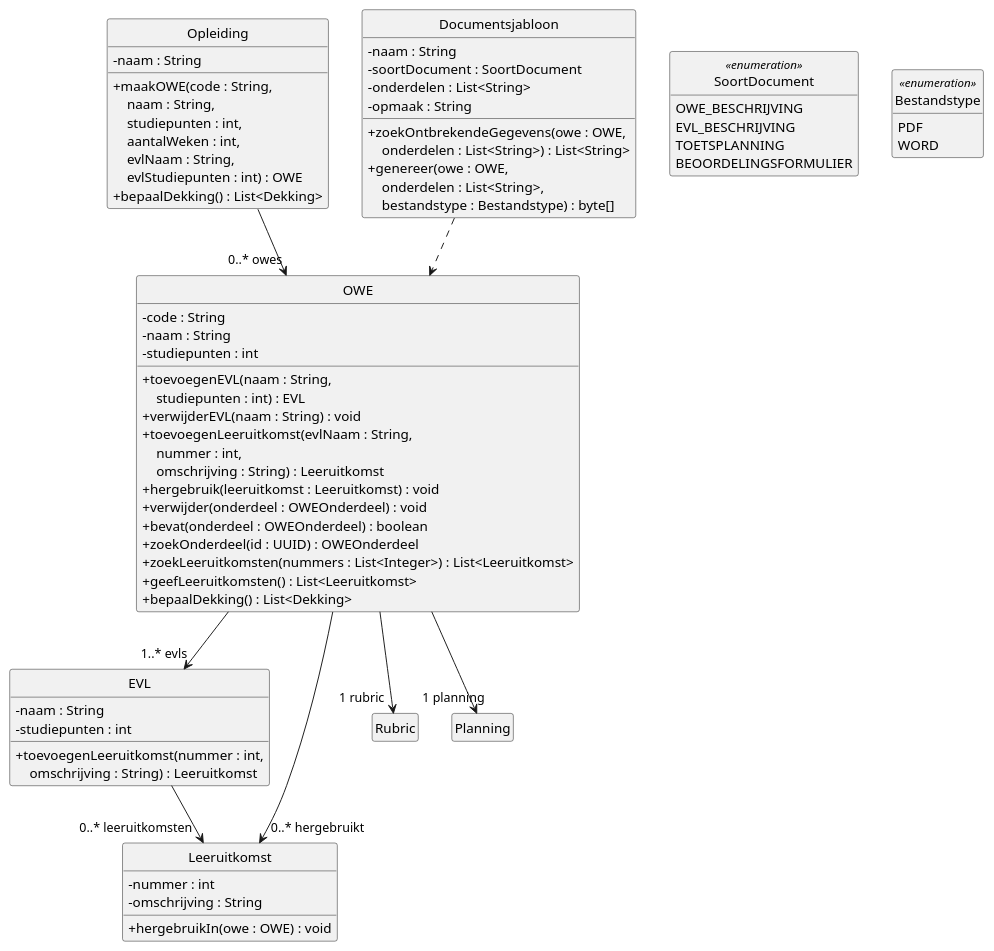
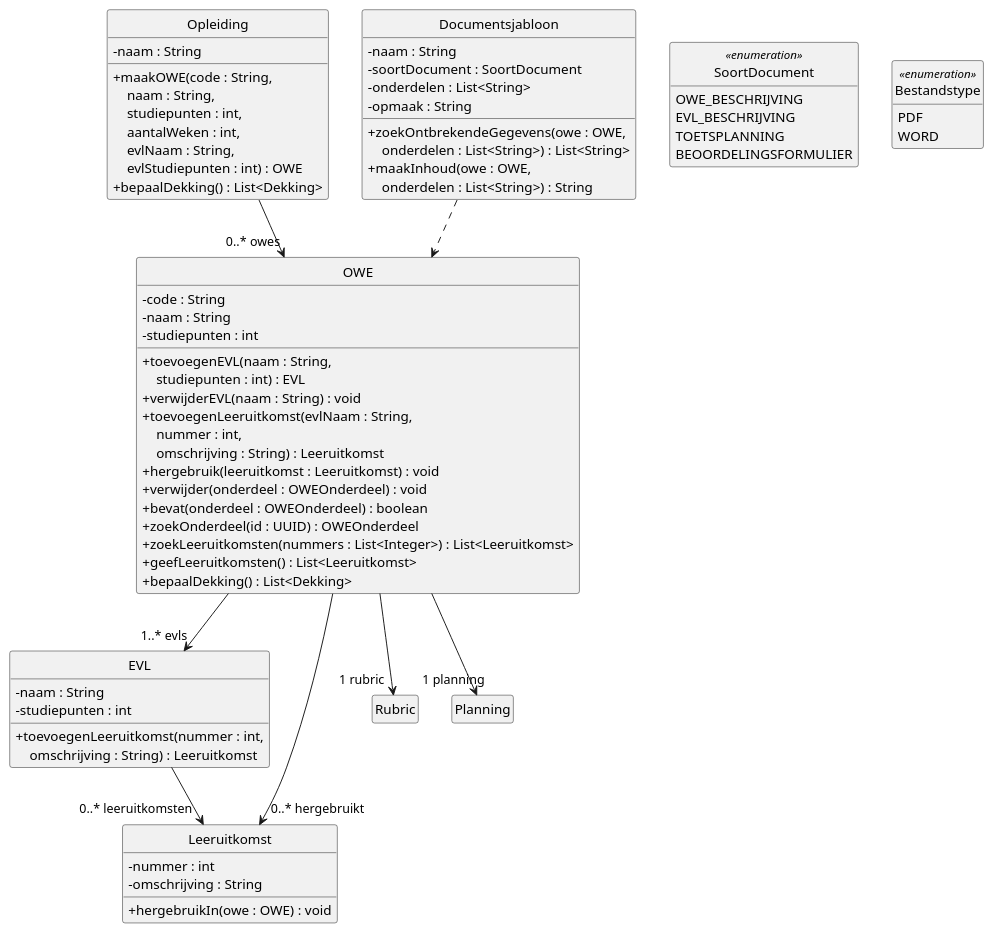
Before and after one commit to HAN-Craftsmanship-KL-JJG/casus: the diagram in docs/diagrams/klassendiagram-owe.puml, drawn with PlantUML. The commit also changed 12 other files, not shown here.

```diff
--- a/docs/diagrams/klassendiagram-owe.puml
+++ b/docs/diagrams/klassendiagram-owe.puml
@@ -1,88 +1,87 @@
 @startuml klassendiagram-owe
 ' Design class diagram van ICDE: OWE en documentsjabloon. Toelichting: docs/07-klassendiagram.md
 ' Getters en setters staan er niet in, zoals bij Larman (7.6).
 ' Een klasse zonder attributen en operaties staat volledig in een ander klassendiagram.
 skinparam style strictuml
 skinparam shadowing false
 skinparam defaultFontName Helvetica
 skinparam classAttributeIconSize 0
 hide empty members
 
 class Opleiding {
   - naam : String
   + maakOWE(code : String,\n    \
 naam : String,\n    \
 studiepunten : int,\n    \
 aantalWeken : int,\n    \
 evlNaam : String,\n    \
 evlStudiepunten : int) : OWE
   + bepaalDekking() : List<Dekking>
 }
 
 class OWE {
   - code : String
   - naam : String
   - studiepunten : int
   + toevoegenEVL(naam : String,\n    \
 studiepunten : int) : EVL
   + verwijderEVL(naam : String) : void
   + toevoegenLeeruitkomst(evlNaam : String,\n    \
 nummer : int,\n    \
 omschrijving : String) : Leeruitkomst
   + hergebruik(leeruitkomst : Leeruitkomst) : void
   + verwijder(onderdeel : OWEOnderdeel) : void
   + bevat(onderdeel : OWEOnderdeel) : boolean
   + zoekOnderdeel(id : UUID) : OWEOnderdeel
   + zoekLeeruitkomsten(nummers : List<Integer>) : List<Leeruitkomst>
   + geefLeeruitkomsten() : List<Leeruitkomst>
   + bepaalDekking() : List<Dekking>
 }
 
 class EVL {
   - naam : String
   - studiepunten : int
   + toevoegenLeeruitkomst(nummer : int,\n    \
 omschrijving : String) : Leeruitkomst
 }
 
 class Leeruitkomst {
   - nummer : int
   - omschrijving : String
   + hergebruikIn(owe : OWE) : void
 }
 
 class Documentsjabloon {
   - naam : String
   - soortDocument : SoortDocument
   - onderdelen : List<String>
   - opmaak : String
   + zoekOntbrekendeGegevens(owe : OWE,\n    \
 onderdelen : List<String>) : List<String>
-  + genereer(owe : OWE,\n    \
-onderdelen : List<String>,\n    \
-bestandstype : Bestandstype) : byte[]
+  + maakInhoud(owe : OWE,\n    \
+onderdelen : List<String>) : String
 }
 
 enum SoortDocument <<enumeration>> {
   OWE_BESCHRIJVING
   EVL_BESCHRIJVING
   TOETSPLANNING
   BEOORDELINGSFORMULIER
 }
 
 enum Bestandstype <<enumeration>> {
   PDF
   WORD
 }
 
 class Rubric
 class Planning
 
 Opleiding --> "0..* owes" OWE
 OWE --> "1..* evls" EVL
 OWE --> "1 rubric" Rubric
 OWE --> "1 planning" Planning
 OWE --> "0..* hergebruikt" Leeruitkomst
 EVL --> "0..* leeruitkomsten" Leeruitkomst
 Documentsjabloon ..> OWE
 @enduml
```
